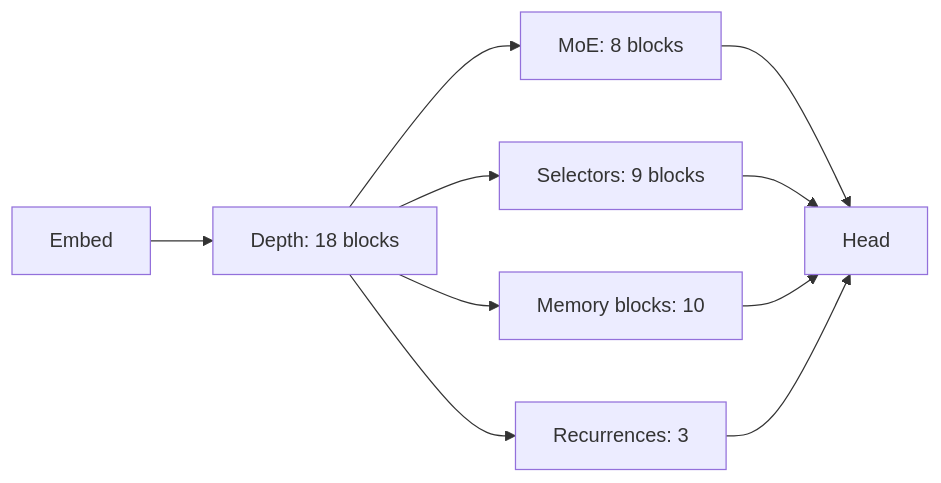
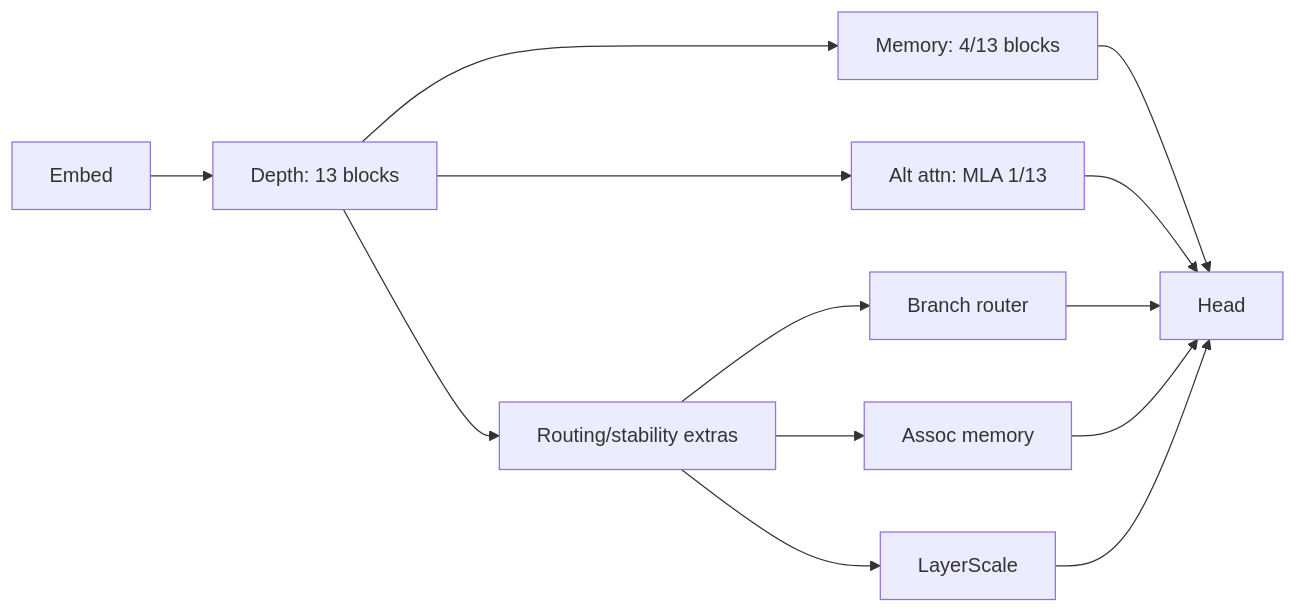
Before and after one commit to strangeloopcanon/transformer-evolution-llm: the third of 3 diagrams in README.md, drawn with Mermaid. The commit also changed other lines of this file, not shown here.

````diff
--- a/README.md
+++ b/README.md
@@ -303,12 +310,15 @@
 ```mermaid
 flowchart LR
-  E3[Embed] --> D3[Depth: 18 blocks]
-  D3 --> M3[MoE: 8 blocks]
-  D3 --> S3[Selectors: 9 blocks]
-  D3 --> R3[Memory blocks: 10]
-  D3 --> C3[Recurrences: 3]
-  M3 --> O3[Head]
-  S3 --> O3
-  R3 --> O3
-  C3 --> O3
+  E3[Embed] --> D3[Depth: 13 blocks]
+  D3 --> R3[Memory: 4/13 blocks]
+  D3 --> A3[Alt attn: MLA 1/13]
+  D3 --> X3[Routing/stability extras]
+  X3 --> BR3[Branch router]
+  X3 --> AM3[Assoc memory]
+  X3 --> LS3[LayerScale]
+  R3 --> O3[Head]
+  A3 --> O3
+  BR3 --> O3
+  AM3 --> O3
+  LS3 --> O3
 ```
````
